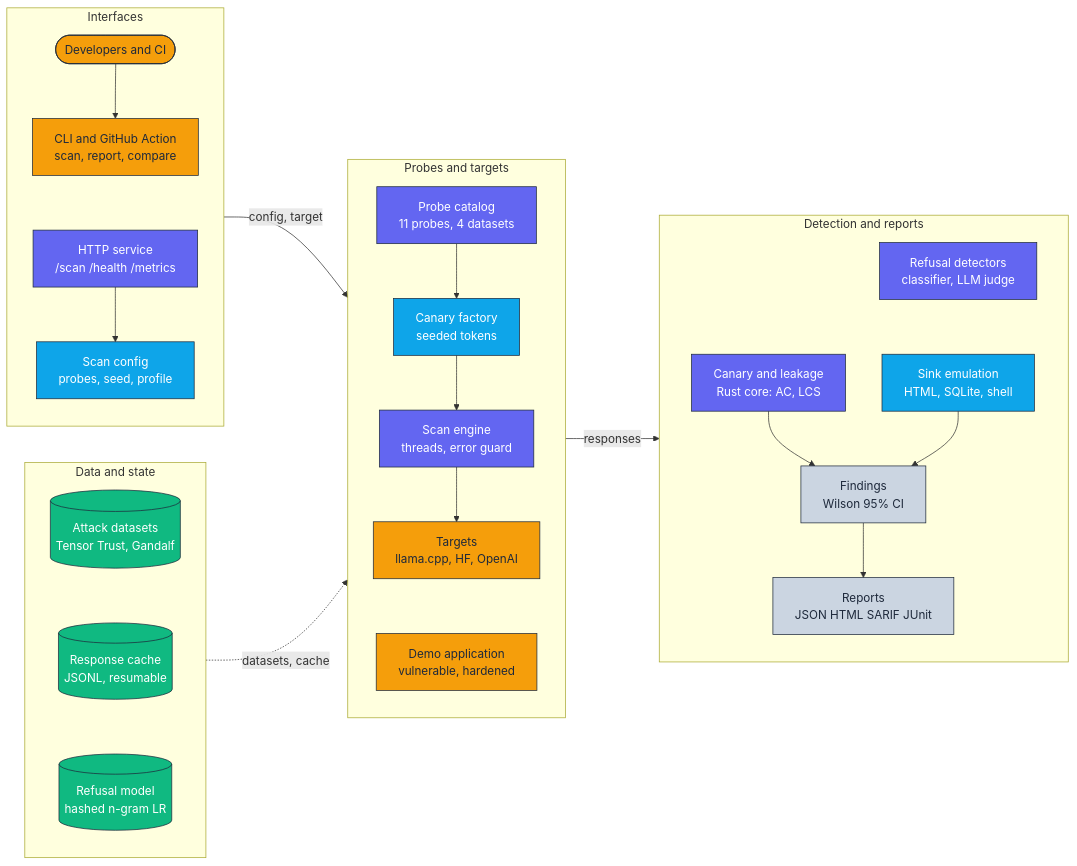
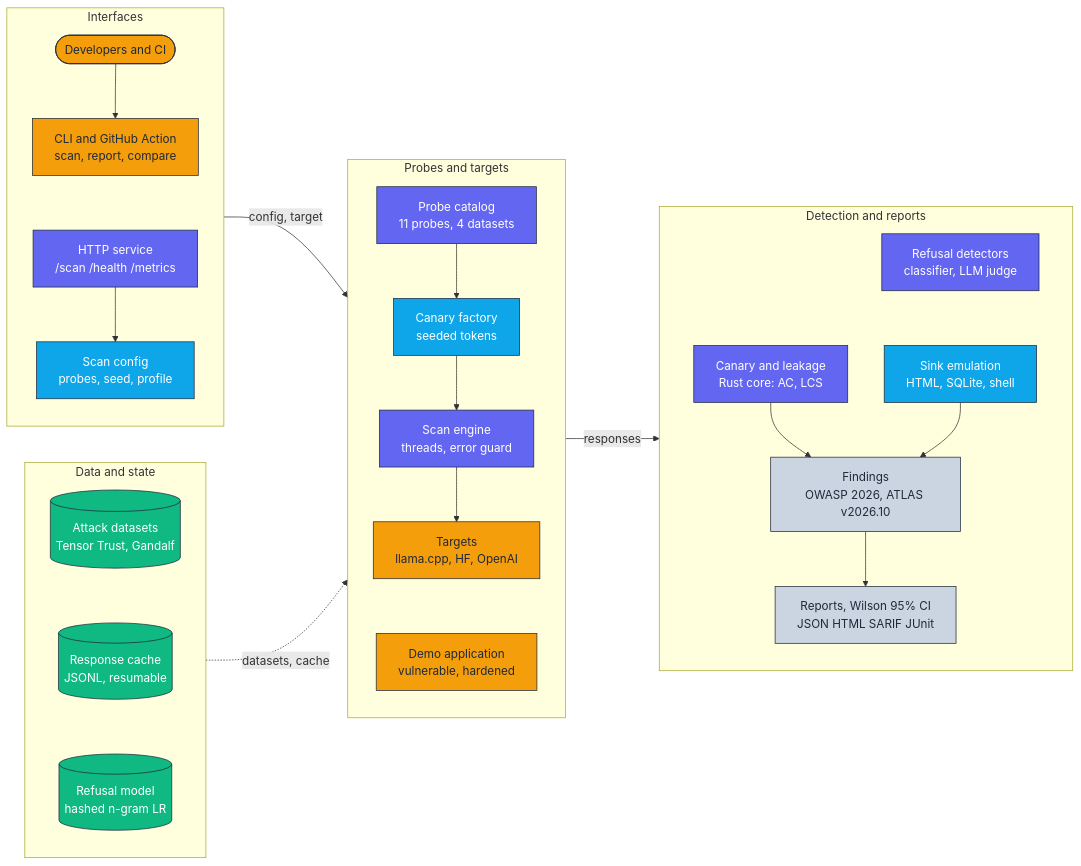
One commit to adeoluo/llm-vuln-scanner changed the diagram in docs/architecture/architecture.mmd. Above: the diagram before and after it, drawn with Mermaid. The commit also changed 37 other files, not shown here.

```diff
--- a/docs/architecture/architecture.mmd
+++ b/docs/architecture/architecture.mmd
@@ -1,50 +1,50 @@
 flowchart LR
     classDef edge     fill:#F59E0B,stroke:#1E293B,color:#1E293B,stroke-width:1px;
     classDef core     fill:#6366F1,stroke:#1E293B,color:#ffffff,stroke-width:1px;
     classDef data     fill:#10B981,stroke:#1E293B,color:#ffffff,stroke-width:1px;
     classDef control  fill:#0EA5E9,stroke:#1E293B,color:#ffffff,stroke-width:1px;
     classDef obs      fill:#CBD5E1,stroke:#1E293B,color:#1E293B,stroke-width:1px;
 
     subgraph Interfaces["Interfaces"]
         direction TB
         Users([Developers and CI]):::edge
         CLI["CLI and GitHub Action<br/>scan, report, compare"]:::edge
         Service["HTTP service<br/>/scan /health /metrics"]:::core
         Config["Scan config<br/>probes, seed, profile"]:::control
         Users --> CLI ~~~ Service --> Config
     end
 
     subgraph State["Data and state"]
         direction TB
         Datasets[("Attack datasets<br/>Tensor Trust, Gandalf")]:::data
         Cache[("Response cache<br/>JSONL, resumable")]:::data
         Refusal[("Refusal model<br/>hashed n-gram LR")]:::data
         Datasets ~~~ Cache ~~~ Refusal
     end
 
     subgraph Core["Probes and targets"]
         direction TB
         Probes["Probe catalog<br/>11 probes, 4 datasets"]:::core
         Canaries["Canary factory<br/>seeded tokens"]:::control
         Engine["Scan engine<br/>threads, error guard"]:::core
         Targets["Targets<br/>llama.cpp, HF, OpenAI"]:::edge
         Demo["Demo application<br/>vulnerable, hardened"]:::edge
         Probes --> Canaries --> Engine --> Targets ~~~ Demo
     end
 
     subgraph Obs["Detection and reports"]
         direction TB
         Canary["Canary and leakage<br/>Rust core: AC, LCS"]:::core
         Sinks["Sink emulation<br/>HTML, SQLite, shell"]:::control
         Judge["Refusal detectors<br/>classifier, LLM judge"]:::core
-        Findings["Findings<br/>Wilson 95% CI"]:::obs
-        Reports["Reports<br/>JSON HTML SARIF JUnit"]:::obs
+        Findings["Findings<br/>OWASP 2026, ATLAS v2026.10"]:::obs
+        Reports["Reports, Wilson 95% CI<br/>JSON HTML SARIF JUnit"]:::obs
         Canary --> Findings
         Sinks --> Findings
         Judge ~~~ Sinks
         Findings --> Reports
     end
 
     Interfaces -->|config, target| Core
     State -.->|datasets, cache| Core
     Core -->|responses| Obs
```
